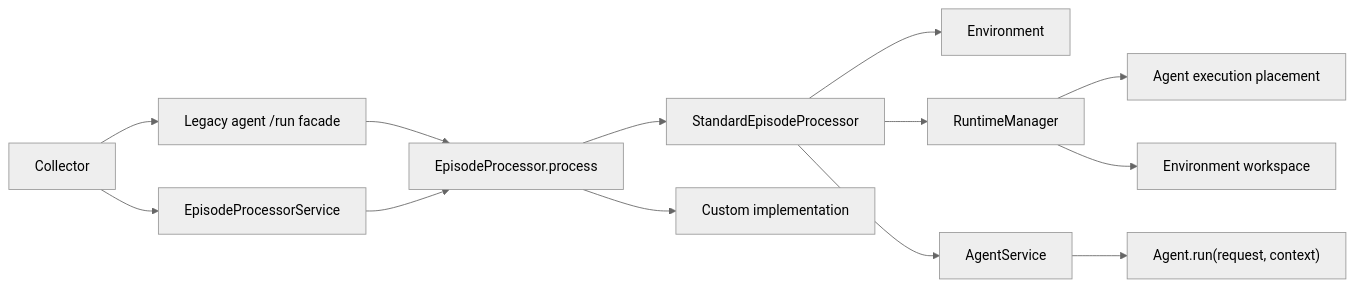
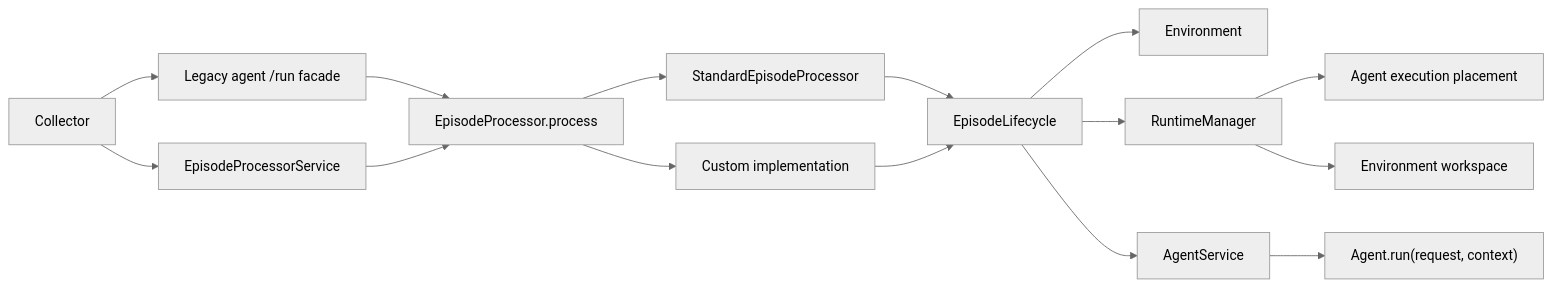
One commit to ananthsub/Gym changed the first of 3 diagrams in investigations/episode-orchestration-design.md. Above: the diagram before and after it, drawn with Mermaid (neutral theme). The commit also changed other lines of this file and 1 other file, not shown here.

First line of the commit message:
docs(investigations): define episode lifecycle sequence

````diff
--- a/investigations/episode-orchestration-design.md
+++ b/investigations/episode-orchestration-design.md
@@ -136,15 +138,17 @@
 ```mermaid
 flowchart LR
     Collector --> Legacy["Legacy agent /run facade"]
     Collector --> Service["EpisodeProcessorService"]
     Legacy --> Processor["EpisodeProcessor.process"]
     Service --> Processor
     Processor --> Standard["StandardEpisodeProcessor"]
     Processor --> Custom["Custom implementation"]
-    Standard --> Environment
-    Standard --> RuntimeManager
-    Standard --> AgentService
+    Standard --> Lifecycle["EpisodeLifecycle"]
+    Custom --> Lifecycle
+    Lifecycle --> Environment
+    Lifecycle --> RuntimeManager
+    Lifecycle --> AgentService
     AgentService --> Agent["Agent.run(request, context)"]
     RuntimeManager --> Placement["Agent execution placement"]
     RuntimeManager --> Workspace["Environment workspace"]
 ```
````
